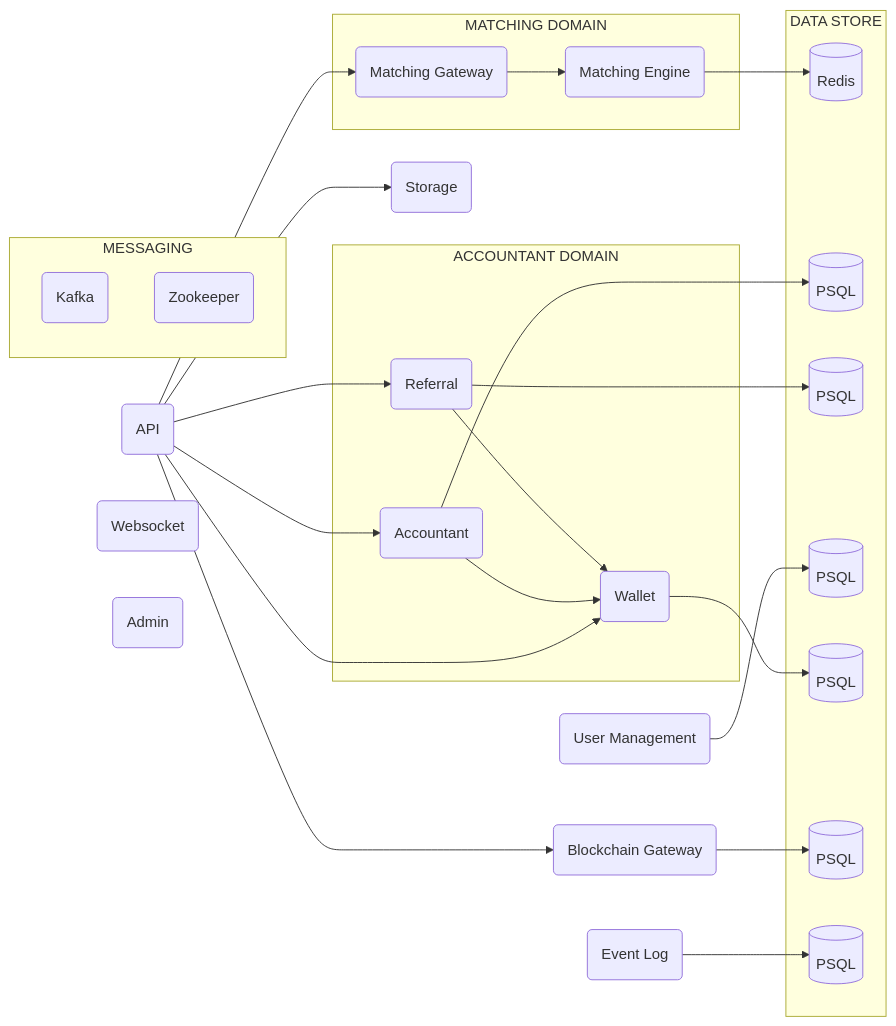
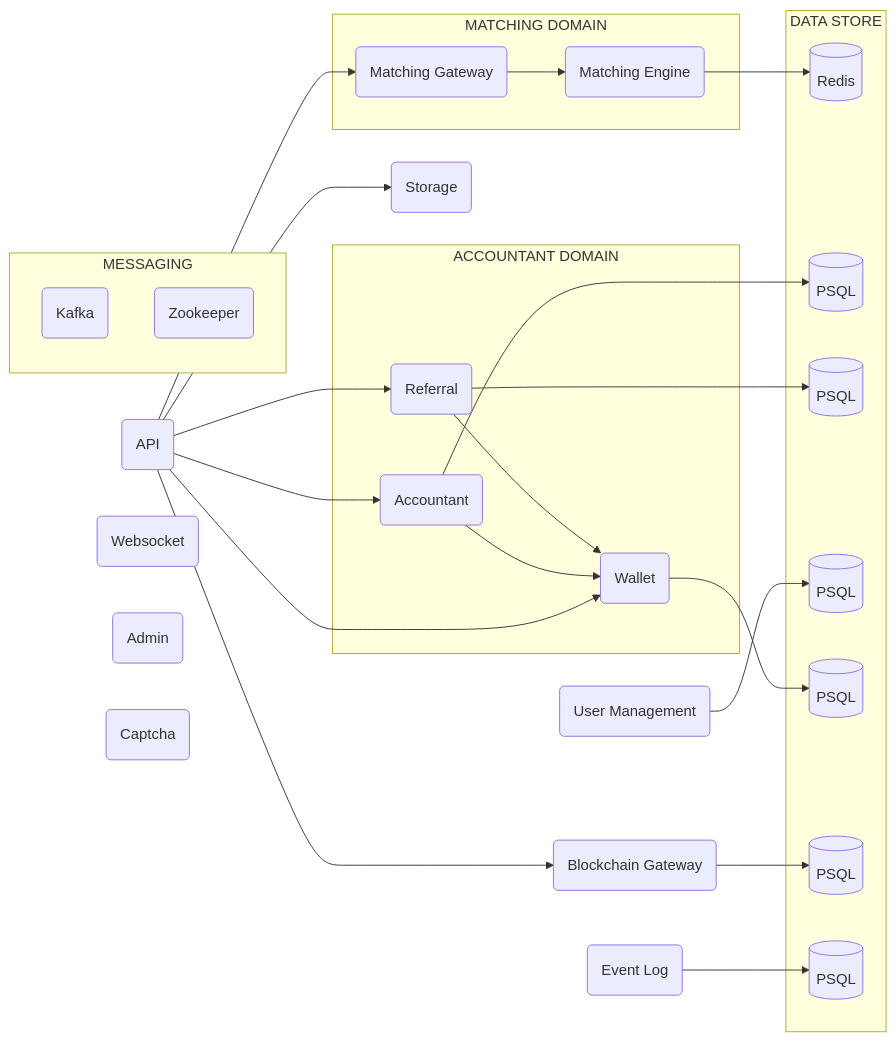
Before and after one commit to opexdev/core: the diagram in README.md, drawn with Mermaid.

````diff
--- a/README.md
+++ b/README.md
@@ -52,63 +52,64 @@
 ```mermaid
     graph LR
         USER_MANAGMENT(User Management)
         KAFKA(Kafka)
         ZOOKEEPER(Zookeeper)
         REDIS[(Redis)]
         ACCOUNTANT_POSTGRESQL[(PSQL)]
         REFERRAL_POSTGRESQL[(PSQL)]
         USER_MANAGMENT_POSTGRESQL[(PSQL)]
         WALLET_POSTGRESQL[(PSQL)]
         BC_GATEWAY_POSTGRESQL[(PSQL)]
         EVENTLOG_POSTGRESQL[(PSQL)]
         ACCOUNTANT(Accountant)
         API(API)
         WALLET(Wallet)
         MATCHING_ENGINE(Matching Engine)
         MATCHING_GATEWAY(Matching Gateway)
         REFERRAL(Referral)
         STORAGE(Storage)
         BC_GATEWAY(Blockchain Gateway)
         WEBSOCKET(Websocket)
         ADMIN(Admin)
+        CAPTCHA(Captcha)
         EVENTLOG(Event Log)
                 
         API-->MATCHING_GATEWAY
         API-->WALLET
         API-->REFERRAL
         API-->STORAGE
         API-->BC_GATEWAY
         API-->ACCOUNTANT
         
         MATCHING_ENGINE-->REDIS
         USER_MANAGMENT-->USER_MANAGMENT_POSTGRESQL
         BC_GATEWAY-->BC_GATEWAY_POSTGRESQL
         REFERRAL-->REFERRAL_POSTGRESQL
         WALLET-->WALLET_POSTGRESQL
         ACCOUNTANT-->ACCOUNTANT_POSTGRESQL
         EVENTLOG-->EVENTLOG_POSTGRESQL
         
         subgraph MESSAGING
             KAFKA
             ZOOKEEPER
         end
         
         subgraph MATCHING DOMAIN
             MATCHING_GATEWAY-->MATCHING_ENGINE
         end
         
         subgraph ACCOUNTANT DOMAIN
             ACCOUNTANT-->WALLET
             REFERRAL-->WALLET
         end
         
         subgraph DATA STORE
             BC_GATEWAY_POSTGRESQL
             REFERRAL_POSTGRESQL
             ACCOUNTANT_POSTGRESQL
             WALLET_POSTGRESQL
             USER_MANAGMENT_POSTGRESQL
             EVENTLOG_POSTGRESQL
             REDIS
         end
 ```
````
